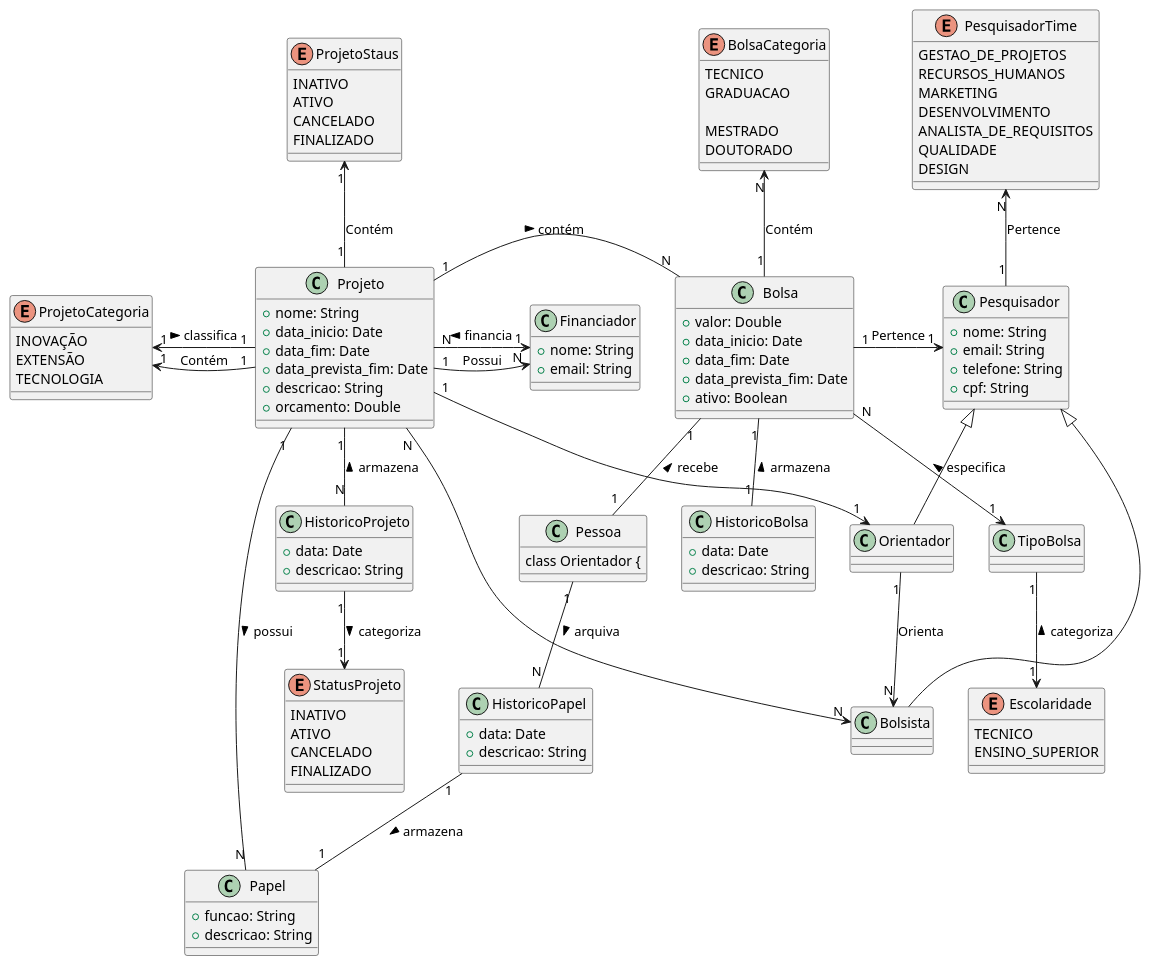
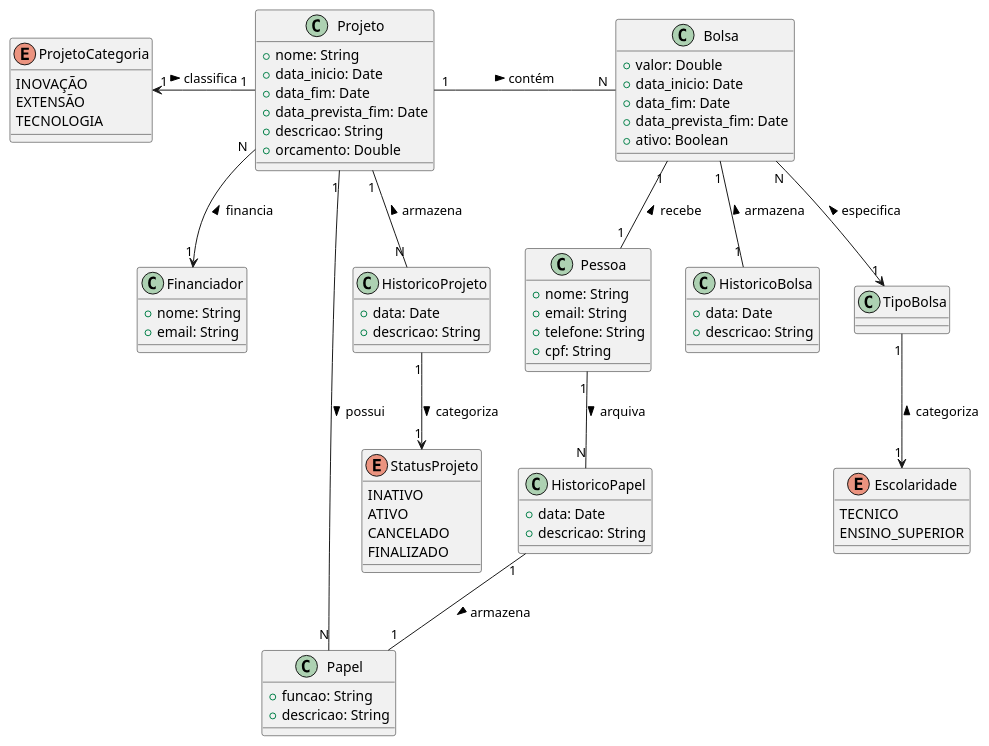
The diagram in docs/diagramas/diagrama-classe.plantuml (sofialctv/coLAB), drawn with PlantUML before and after one commit.

Commit message:
docs: conserto do diagrama de classes

```diff
--- a/docs/diagramas/diagrama-classe.plantuml
+++ b/docs/diagramas/diagrama-classe.plantuml
@@ -1,151 +1,96 @@
 @startuml diagrama-classe
 
 class Projeto {
   +nome: String
   +data_inicio: Date
   +data_fim: Date  
   +data_prevista_fim: Date
   +descricao: String
   +orcamento: Double
-}
-
-
-enum ProjetoStaus {
-  INATIVO
-  ATIVO
-  CANCELADO
-  FINALIZADO
 }
 
 enum ProjetoCategoria {
     INOVAÇÃO
     EXTENSÃO
     TECNOLOGIA
 }
 
 class Financiador {
   +nome: String
   +email: String
 }
 
 
 class Papel {
   +funcao: String
   +descricao: String
 }
 
 class Pessoa {
-
-class Orientador {
-}
-
-class Bolsista {
-}
-
-class Pesquisador {
-
   +nome: String
   +email: String
   +telefone: String
   +cpf: String
 }
 
-
 class HistoricoBolsa {
   +data: Date
   +descricao: String
 }
-
 
 class HistoricoProjeto {
   +data: Date
   +descricao: String
 }
 
 class HistoricoPapel{
   +data: Date
   +descricao: String
 }
-
-
-enum PesquisadorTime {
-    GESTAO_DE_PROJETOS
-    RECURSOS_HUMANOS
-    MARKETING
-    DESENVOLVIMENTO
-    ANALISTA_DE_REQUISITOS
-    QUALIDADE
-    DESIGN
-}
-
 
 class Bolsa {
   +valor: Double
   +data_inicio: Date
   +data_fim: Date  
   +data_prevista_fim: Date
   +ativo: Boolean
 }
 
 class TipoBolsa {
   
 }
 
 enum StatusProjeto{
   INATIVO
   ATIVO
   CANCELADO
   FINALIZADO
 }
 
 enum Escolaridade {
     TECNICO
     ENSINO_SUPERIOR
     
 }
 
-enum BolsaCategoria {
-    TECNICO
-    GRADUACAO
-
-    MESTRADO
-    DOUTORADO
-}
-
 Projeto "1" -l-> "1" ProjetoCategoria : classifica <  
 Projeto "1" -r- "N" Bolsa: contém >
 Projeto "N" --> "1" Financiador : financia <
 Projeto "1" -- "N" HistoricoProjeto : armazena <
 Projeto "1" -- "N" Papel : possui >
 
 HistoricoProjeto "1" --> "1" StatusProjeto : categoriza >
 
 Bolsa "1" -- "1" HistoricoBolsa : armazena <
 Bolsa "1" -- "1" Pessoa : recebe <
 Bolsa "N" --> "1" TipoBolsa : especifica <
 
 TipoBolsa "1" --> "1" Escolaridade : categoriza <
 
 
 Pessoa "1" -- "N" HistoricoPapel : arquiva >
 
 HistoricoPapel "1" -- "1" Papel : armazena >
 
-Projeto "1" -u-> "1" ProjetoCategoria: Contém
-Projeto "1" -u-> "1" ProjetoStaus: Contém
-
-Projeto "1" --> "1" Orientador
-Projeto "N" --> "N" Bolsista
-Projeto "1" -l-> "N" Financiador: Possui
-
-Bolsa "1" -r-> "1" Pesquisador: Pertence
-Bolsa "1" -u-> "N" BolsaCategoria: Contém
-
-Pesquisador <|-- Orientador
-Pesquisador <|-- Bolsista
-
-Pesquisador "1" -u-> "N" PesquisadorTime: Pertence
-
-Orientador "1" -d-> "N" Bolsista: Orienta
 
 @enduml
```
